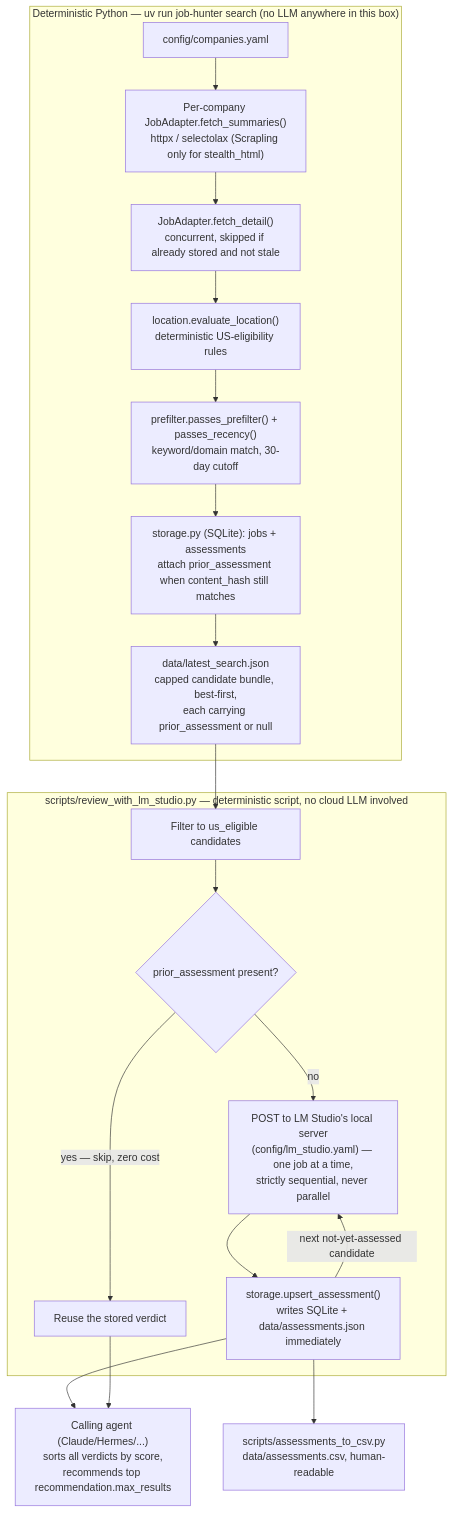
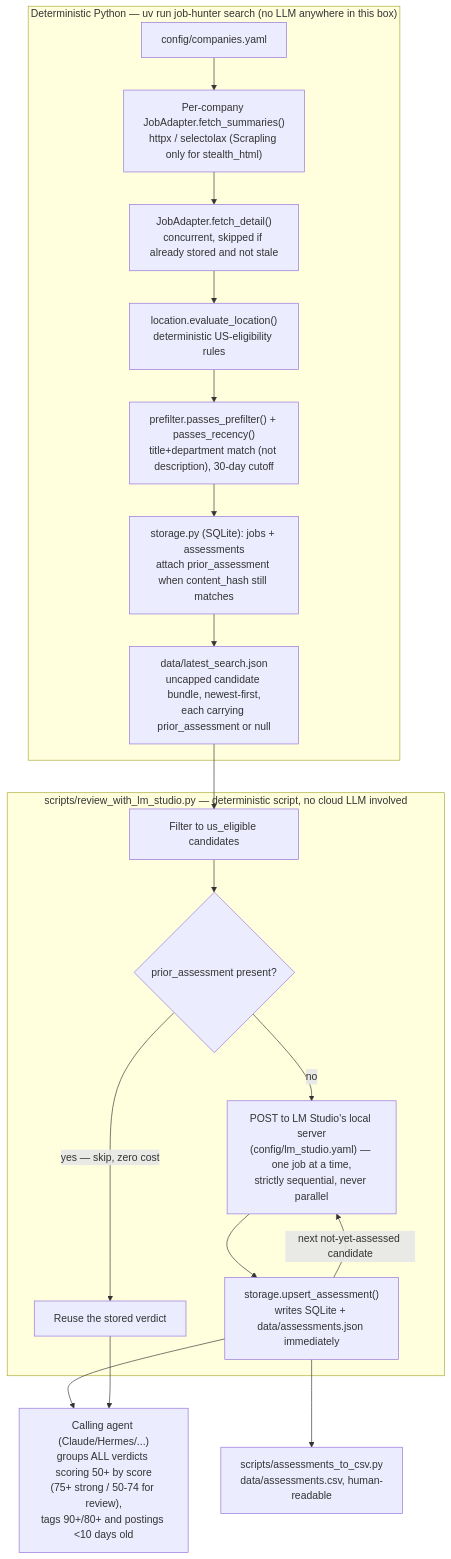
The diagram in README.md (gpokhark/job-hunter), drawn with Mermaid before and after one commit. The commit also changed other lines of this file and 10 other files, not shown here.

Commit message:
Fixed the prefilter to ensure we have a lot more job and also implemented the keyword strategy.

````diff
--- a/README.md
+++ b/README.md
@@ -180,24 +180,24 @@
 ```mermaid
 flowchart TD
     subgraph PY["Deterministic Python — uv run job-hunter search (no LLM anywhere in this box)"]
         A["config/companies.yaml"] --> B["Per-company JobAdapter.fetch_summaries()<br/>httpx / selectolax (Scrapling only for stealth_html)"]
         B --> C["JobAdapter.fetch_detail()<br/>concurrent, skipped if already stored and not stale"]
         C --> D["location.evaluate_location()<br/>deterministic US-eligibility rules"]
-        D --> E["prefilter.passes_prefilter() + passes_recency()<br/>keyword/domain match, 30-day cutoff"]
+        D --> E["prefilter.passes_prefilter() + passes_recency()<br/>title+department match (not description), 30-day cutoff"]
         E --> F["storage.py (SQLite): jobs + assessments<br/>attach prior_assessment when content_hash still matches"]
-        F --> G["data/latest_search.json<br/>capped candidate bundle, best-first,<br/>each carrying prior_assessment or null"]
+        F --> G["data/latest_search.json<br/>uncapped candidate bundle, newest-first,<br/>each carrying prior_assessment or null"]
     end
 
     subgraph LOCAL["scripts/review_with_lm_studio.py — deterministic script, no cloud LLM involved"]
         G --> H["Filter to us_eligible candidates"]
         H --> R{"prior_assessment present?"}
         R -->|"yes — skip, zero cost"| Z["Reuse the stored verdict"]
         R -->|"no"| Q["POST to LM Studio's local server<br/>(config/lm_studio.yaml) — one job at a time,<br/>strictly sequential, never parallel"]
         Q --> REC["storage.upsert_assessment()<br/>writes SQLite + data/assessments.json immediately"]
         REC -->|"next not-yet-assessed candidate"| Q
     end
 
     REC --> CSV["scripts/assessments_to_csv.py<br/>data/assessments.csv, human-readable"]
-    REC --> AGENT["Calling agent (Claude/Hermes/...)<br/>sorts all verdicts by score,<br/>recommends top recommendation.max_results"]
+    REC --> AGENT["Calling agent (Claude/Hermes/...)<br/>groups ALL verdicts scoring 50+ by score<br/>(75+ strong / 50-74 for review),<br/>tags 90+/80+ and postings <10 days old"]
     Z --> AGENT
 ```
````
